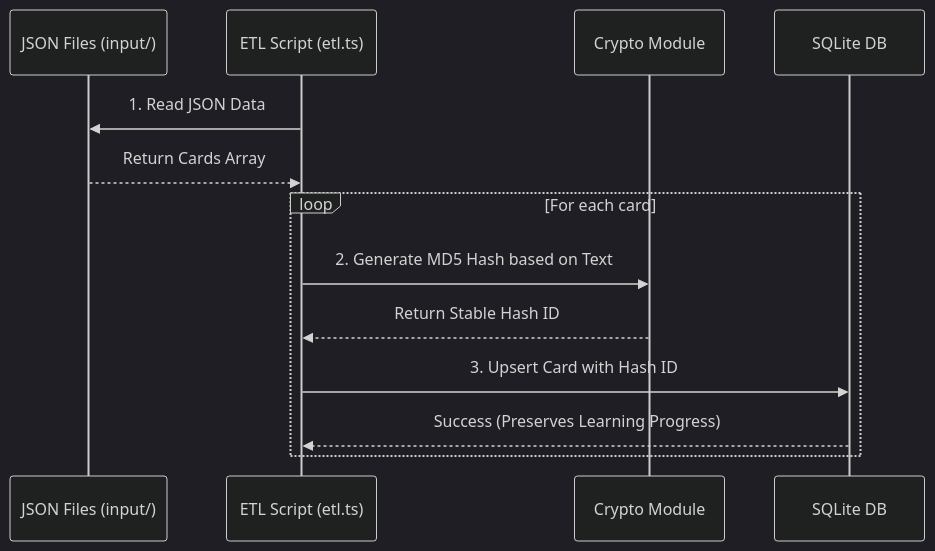
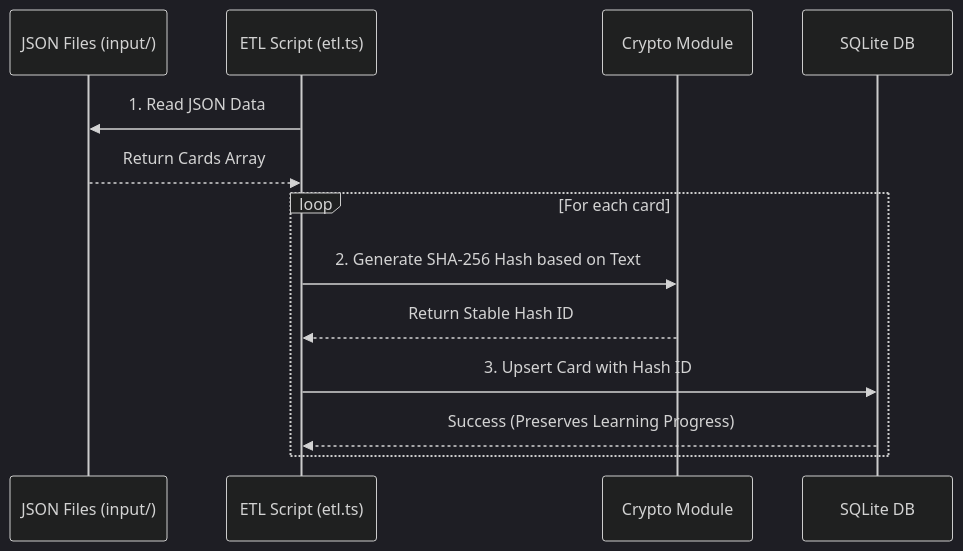
Before and after one commit to idenrai/memorize_supporter: the diagram in doc/architecture.md, drawn with Mermaid (dark theme). The commit also changed other lines of this file and 23 other files, not shown here.

````diff
--- a/doc/architecture.md
+++ b/doc/architecture.md
@@ -96,16 +98,16 @@
 ```mermaid
 sequenceDiagram
     participant J as JSON Files (input/)
     participant E as ETL Script (etl.ts)
     participant C as Crypto Module
     participant DB as SQLite DB
     
     E->>J: 1. Read JSON Data
     J-->>E: Return Cards Array
     loop For each card
-        E->>C: 2. Generate MD5 Hash based on Text
+        E->>C: 2. Generate SHA-256 Hash based on Text
         C-->>E: Return Stable Hash ID
         E->>DB: 3. Upsert Card with Hash ID
         DB-->>E: Success (Preserves Learning Progress)
     end
 ```
````
